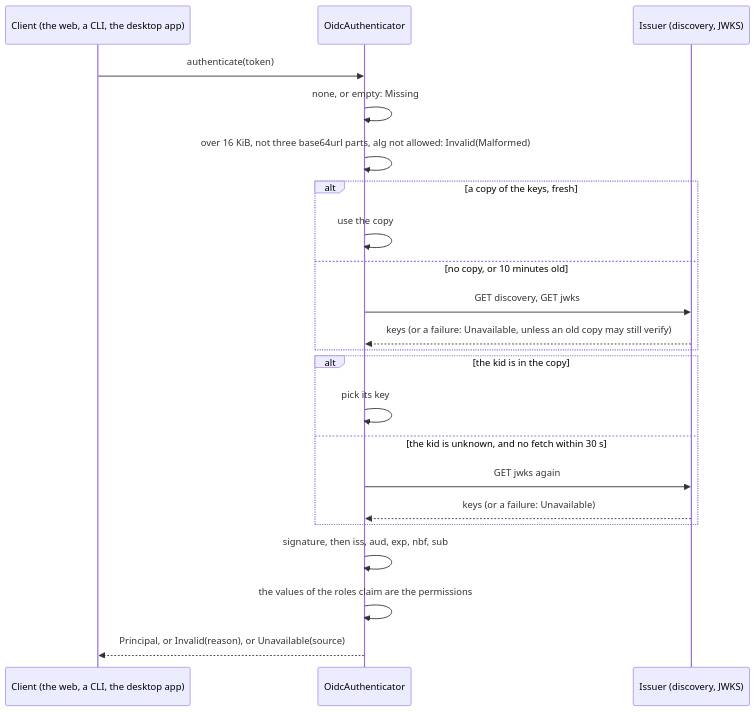
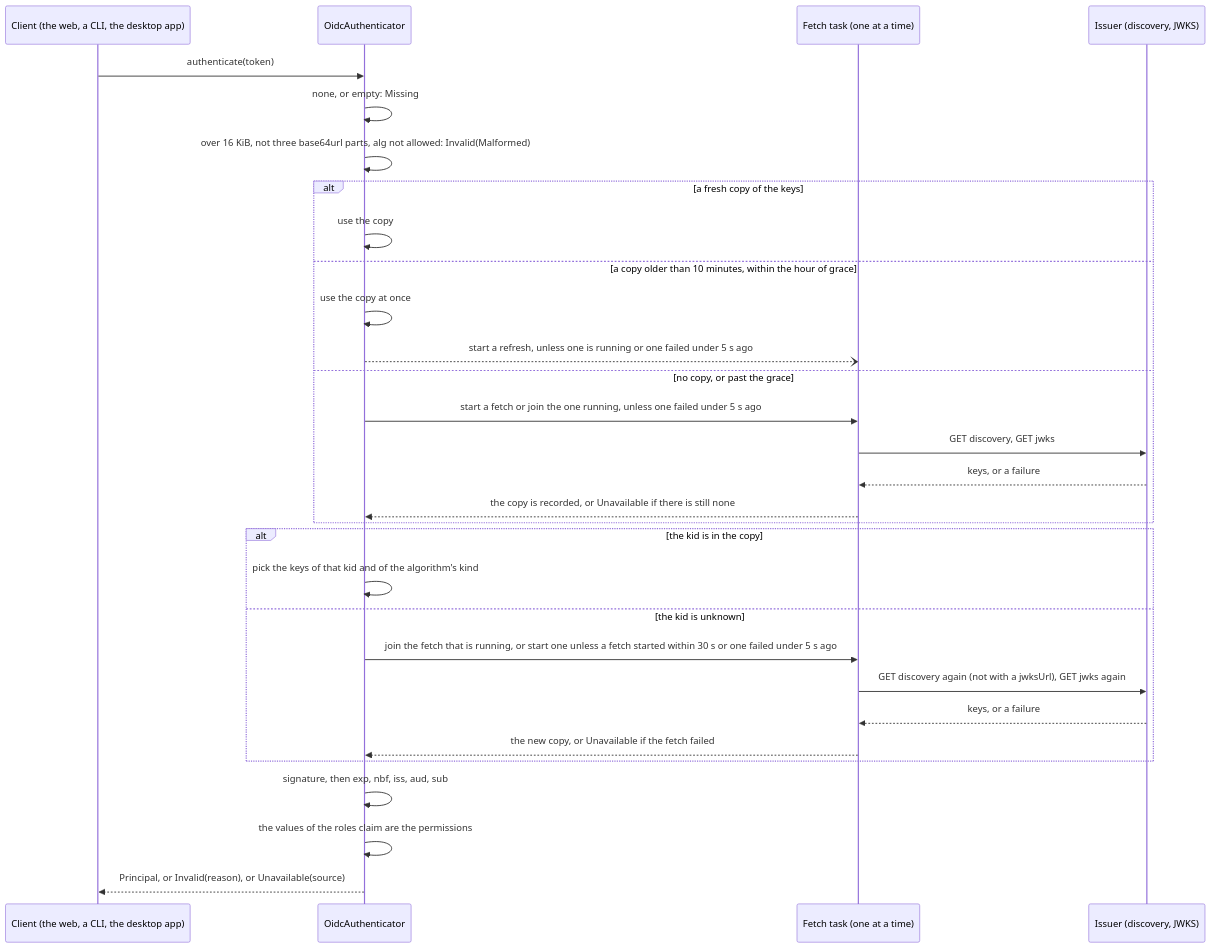
One commit to vymalo/another-agentic-platform changed the first of 2 diagrams in crates/auth-oidc/README.md. Above: the diagram before and after it, drawn with Mermaid. The commit also changed other lines of this file and 6 other files, not shown here.

````diff
--- a/crates/auth-oidc/README.md
+++ b/crates/auth-oidc/README.md
@@ -32,24 +32,32 @@
 ```mermaid
 sequenceDiagram
   participant C as Client (the web, a CLI, the desktop app)
   participant A as OidcAuthenticator
+  participant F as Fetch task (one at a time)
   participant I as Issuer (discovery, JWKS)
   C->>A: authenticate(token)
   A->>A: none, or empty: Missing
   A->>A: over 16 KiB, not three base64url parts, alg not allowed: Invalid(Malformed)
-  alt a copy of the keys, fresh
+  alt a fresh copy of the keys
     A->>A: use the copy
-  else no copy, or 10 minutes old
-    A->>I: GET discovery, GET jwks
-    I-->>A: keys (or a failure: Unavailable, unless an old copy may still verify)
+  else a copy older than 10 minutes, within the hour of grace
+    A->>A: use the copy at once
+    A--)F: start a refresh, unless one is running or one failed under 5 s ago
+  else no copy, or past the grace
+    A->>F: start a fetch or join the one running, unless one failed under 5 s ago
+    F->>I: GET discovery, GET jwks
+    I-->>F: keys, or a failure
+    F-->>A: the copy is recorded, or Unavailable if there is still none
   end
   alt the kid is in the copy
-    A->>A: pick its key
-  else the kid is unknown, and no fetch within 30 s
-    A->>I: GET jwks again
-    I-->>A: keys (or a failure: Unavailable)
+    A->>A: pick the keys of that kid and of the algorithm's kind
+  else the kid is unknown
+    A->>F: join the fetch that is running, or start one unless a fetch started within 30 s or one failed under 5 s ago
+    F->>I: GET discovery again (not with a jwksUrl), GET jwks again
+    I-->>F: keys, or a failure
+    F-->>A: the new copy, or Unavailable if the fetch failed
   end
-  A->>A: signature, then iss, aud, exp, nbf, sub
+  A->>A: signature, then exp, nbf, iss, aud, sub
   A->>A: the values of the roles claim are the permissions
   A-->>C: Principal, or Invalid(reason), or Unavailable(source)
 ```
````
